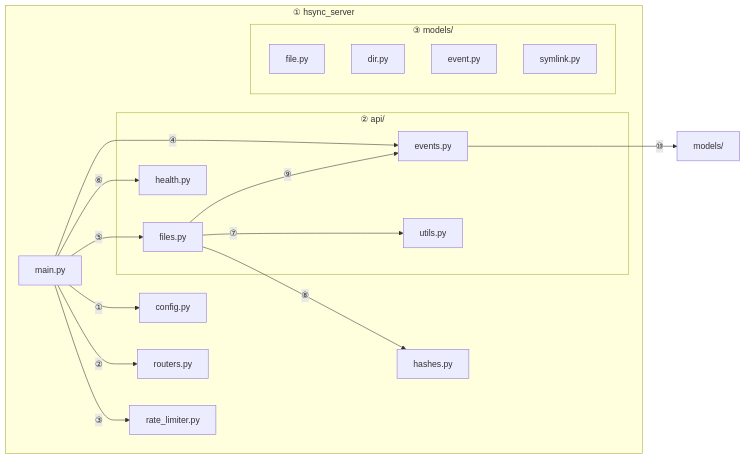
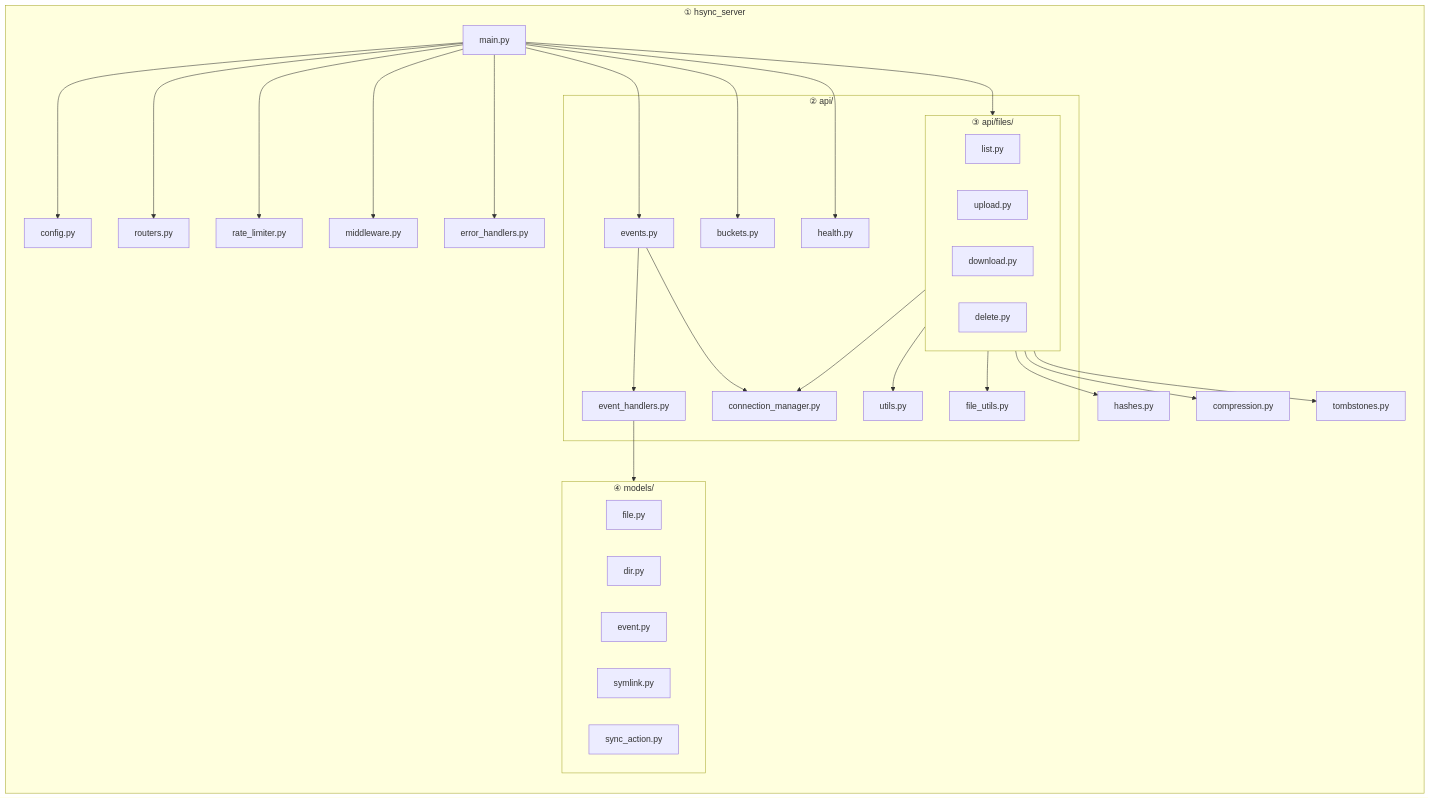
One commit to albertsdk/hsync-server changed the second of 4 diagrams in docs/architecture.md. Above: the diagram before and after it, drawn with Mermaid. The commit also changed other lines of this file and 5 other files, not shown here.

Commit message:
docs: fix rate limits and API reference, add SECURITY/CONTRIBUTING, drop CLAUDE.md

````diff
--- a/docs/architecture.md
+++ b/docs/architecture.md
@@ -66,37 +66,60 @@
 ```mermaid
 graph LR
-    subgraph "① hsync_server"
+    subgraph Core["① hsync_server"]
         main[main.py]
         config[config.py]
         routers[routers.py]
         hashes[hashes.py]
         rate_limiter[rate_limiter.py]
+        middleware[middleware.py]
+        error_handlers[error_handlers.py]
+        compression[compression.py]
+        tombstones[tombstones.py]
 
-        subgraph "② api/"
+        subgraph Api["② api/"]
             events[events.py]
-            files[files.py]
+            event_handlers[event_handlers.py]
+            buckets[buckets.py]
             health[health.py]
+            connmgr[connection_manager.py]
             utils[utils.py]
+            file_utils[file_utils.py]
+
+            subgraph FilesPkg["③ api/files/"]
+                flist[list.py]
+                fupload[upload.py]
+                fdownload[download.py]
+                fdelete[delete.py]
+            end
         end
 
-        subgraph "③ models/"
+        subgraph Models["④ models/"]
             file[file.py]
             dir[dir.py]
             event[event.py]
             symlink[symlink.py]
+            sync_action[sync_action.py]
         end
     end
 
-    main -->|"①"| config
-    main -->|"②"| routers
-    main -->|"③"| rate_limiter
-    main -->|"④"| events
-    main -->|"⑤"| files
-    main -->|"⑥"| health
+    main --> config
+    main --> routers
+    main --> rate_limiter
+    main --> middleware
+    main --> error_handlers
+    main --> events
+    main --> FilesPkg
+    main --> buckets
+    main --> health
 
-    files -->|"⑦"| utils
-    files -->|"⑧"| hashes
-    files -->|"⑨"| events
+    FilesPkg --> utils
+    FilesPkg --> file_utils
+    FilesPkg --> hashes
+    FilesPkg --> compression
+    FilesPkg --> tombstones
+    FilesPkg --> connmgr
 
-    events -->|"⑩"| models/
+    events --> event_handlers
+    events --> connmgr
+    event_handlers --> Models
 ```
````
